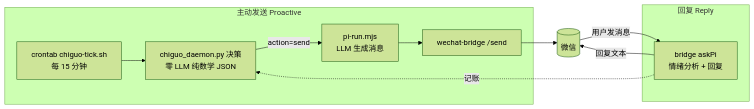
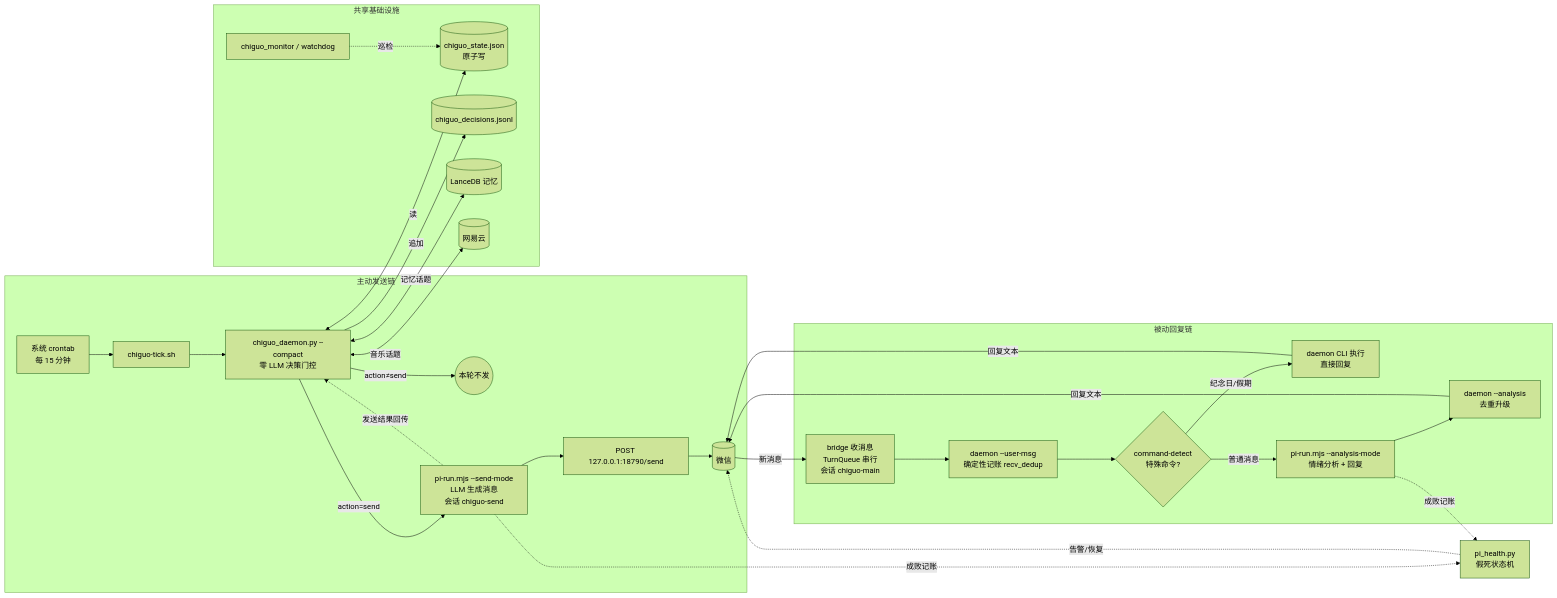
The diagram in README.md (lhxyzCJ/chiguo), drawn with Mermaid (forest theme) before and after one commit. The commit also changed other lines of this file and 1 other file, not shown here.

Commit message:
docs: 架构章节扩展（双链路全细节 + 共享基础设施 + 假死检测旁路）
- 引语扩为三段：主动发送链（crontab→tick 门控→决策→pi 生成→微信，含 record-send 回传）/ 被动回复链（user-msg 记账→特殊命令分流→analysis 去重升级）/ 共享与告警
- mermaid 大图：主动链补终止分支与发送回传，回复链补 command-detect 分流与双进程会话模型（chiguo-main/chiguo-send），新增共享基础设施区（state/decisions/LanceDB/网易云/监控巡检）+ pi_health 假死状态机虚线旁路
- 决策引擎内部文本流水线保留；中英双文件同步
- 渲染验证：mermaid.ink SVG 节点/边全齐、布局链式有序（纯文档改动，版本不步进）

````diff
--- a/README.md
+++ b/README.md
@@ -74,15 +80,32 @@
 ```mermaid
 flowchart LR
-    subgraph 主动发送 Proactive
-        TICK[crontab chiguo-tick.sh<br/>每 15 分钟] --> D[chiguo_daemon.py 决策<br/>零 LLM 纯数学 JSON]
-        D -->|action=send| PI1[pi-run.mjs<br/>LLM 生成消息]
-        PI1 --> B[wechat-bridge /send]
+    subgraph 主动发送链
+        CRON[系统 crontab<br/>每 15 分钟] --> TICK[chiguo-tick.sh]
+        TICK --> DC[chiguo_daemon.py --compact<br/>零 LLM 决策门控]
+        DC -->|action≠send| X1((本轮不发))
+        DC -->|action=send| PI[pi-run.mjs --send-mode<br/>LLM 生成消息<br/>会话 chiguo-send]
+        PI --> SEND[POST 127.0.0.1:18790/send]
+        SEND --> WX[(微信)]
+        PI -. 发送结果回传 .-> DC
     end
-    subgraph 回复 Reply
-        BR[bridge askPi<br/>情绪分析 + 回复]
+    subgraph 被动回复链
+        WX -->|新消息| BR[bridge 收消息<br/>TurnQueue 串行<br/>会话 chiguo-main]
+        BR --> UR[daemon --user-msg<br/>确定性记账 recv_dedup]
+        UR --> SP{command-detect<br/>特殊命令?}
+        SP -->|纪念日/假期| SC[daemon CLI 执行<br/>直接回复]
+        SP -->|普通消息| AP[pi-run.mjs --analysis-mode<br/>情绪分析 + 回复]
+        AP --> UA[daemon --analysis<br/>去重升级]
+        SC -->|回复文本| WX
+        UA -->|回复文本| WX
     end
-    B --> WX[(微信)]
-    WX -->|用户发消息| BR
-    BR -. 记账 .-> D
-    BR -->|回复文本| WX
+    subgraph 共享基础设施
+        DC <-->|读| ST[(chiguo_state.json<br/>原子写)]
+        DC -->|追加| DEC[(chiguo_decisions.jsonl)]
+        DC <-->|记忆话题| MEM[(LanceDB 记忆)]
+        DC <-->|音乐话题| NE[(网易云)]
+        MON[chiguo_monitor / watchdog] -. 巡检 .-> ST
+    end
+    PI -. 成败记账 .-> PH[pi_health.py<br/>假死状态机]
+    AP -. 成败记账 .-> PH
+    PH -. 告警/恢复 .-> WX
 ```
````
